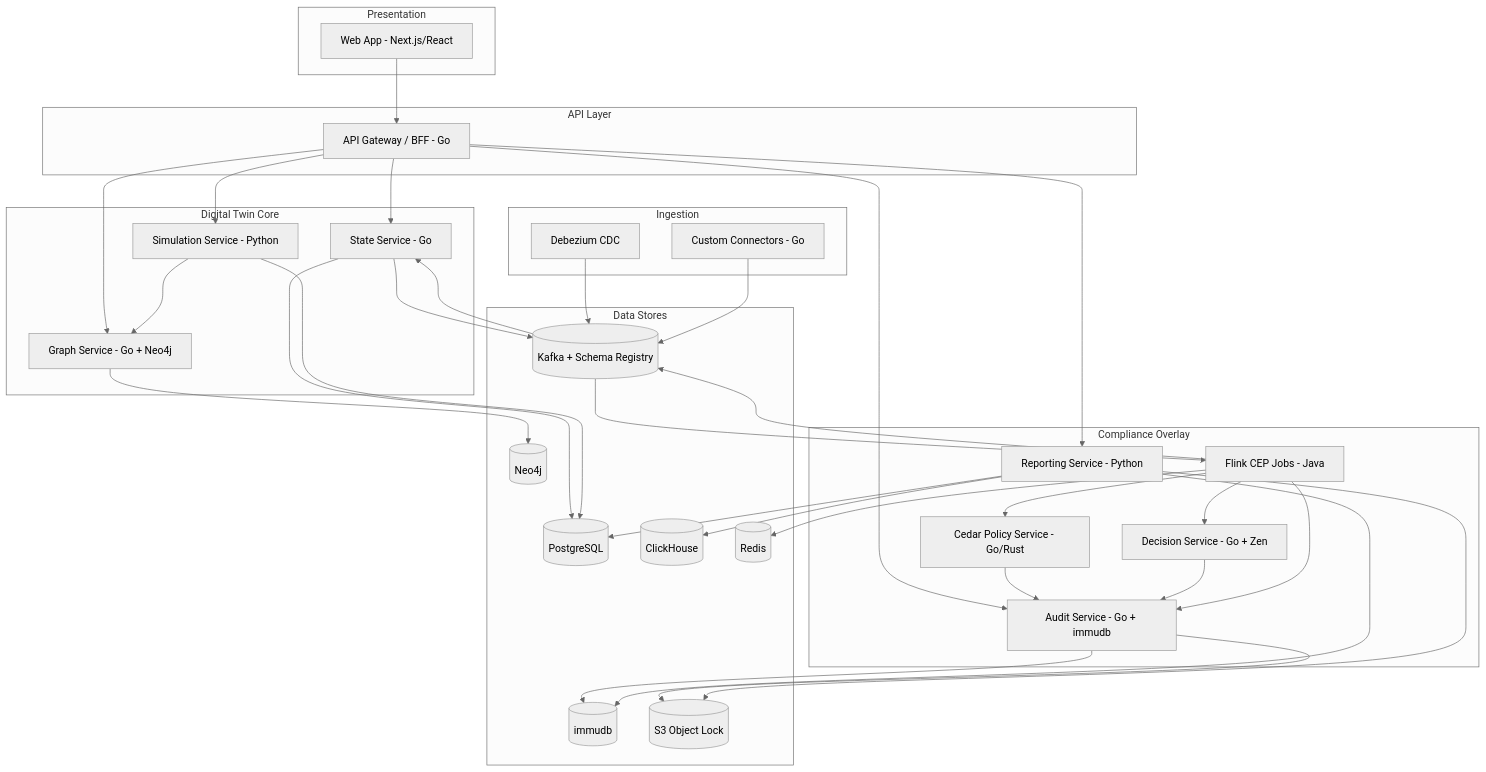
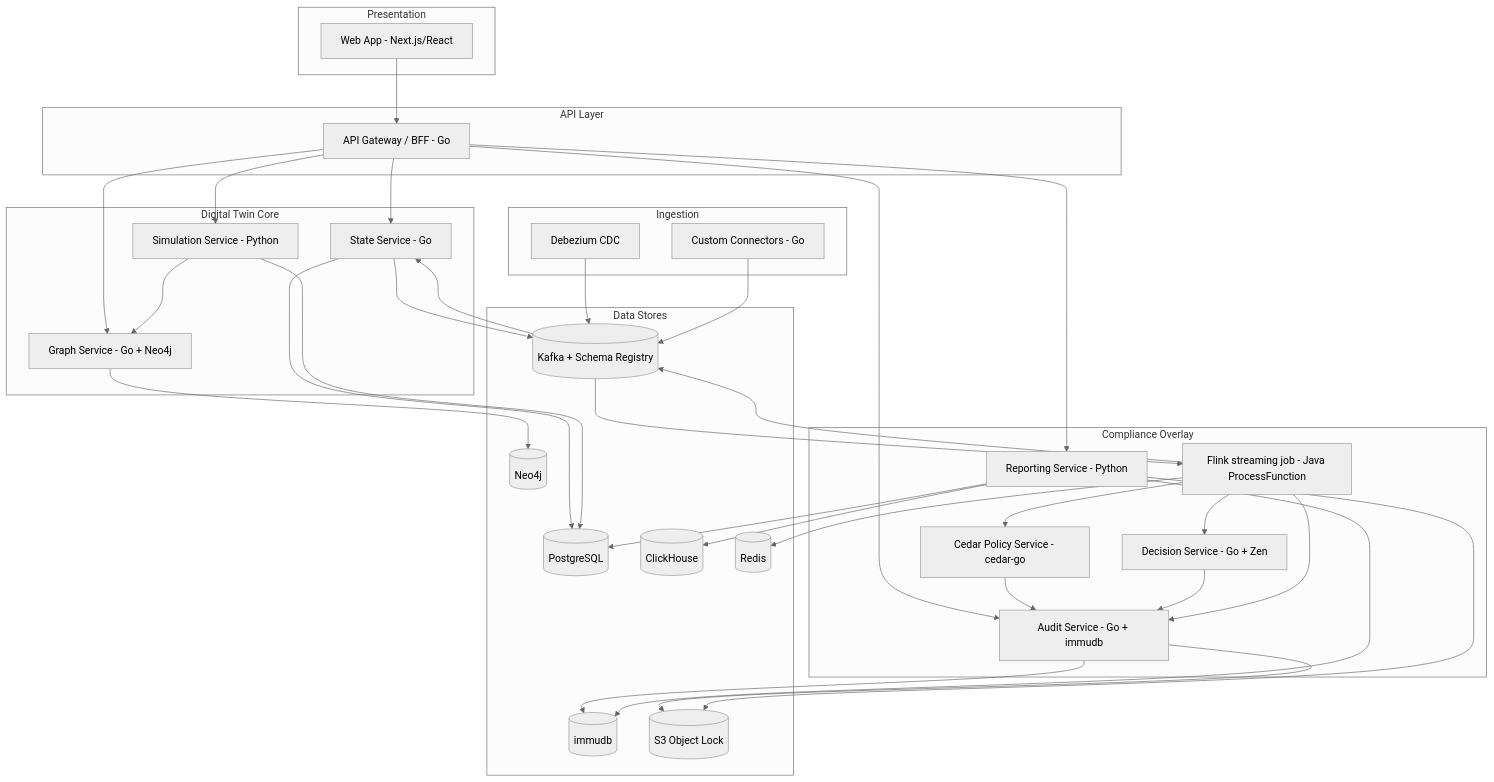
Before and after one commit to SafetyMP/Financial-Digital-Twin-Compliance: the second of 5 diagrams in docs/architecture.md, drawn with Mermaid (neutral theme). The commit also changed other lines of this file and 1 other file, not shown here.

Commit message:
Describe the Flink job and report fixture the way the code runs.

````diff
--- a/docs/architecture.md
+++ b/docs/architecture.md
@@ -98,74 +98,74 @@
 ```mermaid
 flowchart TB
   subgraph ui [Presentation]
     web[Web App - Next.js/React]
   end
 
   subgraph apiLayer [API Layer]
     bff[API Gateway / BFF - Go]
   end
 
   subgraph twinLayer [Digital Twin Core]
     stateSvc[State Service - Go]
     graphSvc[Graph Service - Go + Neo4j]
     simSvc[Simulation Service - Python]
   end
 
   subgraph compLayer [Compliance Overlay]
-    flink[Flink CEP Jobs - Java]
-    cedarSvc[Cedar Policy Service - Go/Rust]
+    flink[Flink streaming job - Java ProcessFunction]
+    cedarSvc[Cedar Policy Service - cedar-go]
     decisionSvc[Decision Service - Go + Zen]
     auditSvc[Audit Service - Go + immudb]
     reportSvc[Reporting Service - Python]
   end
 
   subgraph ingestLayer [Ingestion]
     debezium[Debezium CDC]
     connectors[Custom Connectors - Go]
   end
 
   subgraph dataLayer [Data Stores]
     kafka[(Kafka + Schema Registry)]
     pg[(PostgreSQL)]
     neo4j[(Neo4j)]
     clickhouse[(ClickHouse)]
     immudb[(immudb)]
     redis[(Redis)]
     s3[(S3 Object Lock)]
   end
 
   web --> bff
   bff --> stateSvc
   bff --> graphSvc
   bff --> simSvc
   bff --> auditSvc
   bff --> reportSvc
 
   debezium --> kafka
   connectors --> kafka
 
   kafka --> stateSvc
   kafka --> flink
   stateSvc --> pg
   stateSvc --> kafka
 
   graphSvc --> neo4j
   simSvc --> graphSvc
   simSvc --> pg
 
   flink --> redis
   flink --> kafka
   flink --> decisionSvc
   flink --> cedarSvc
 
   cedarSvc --> auditSvc
   decisionSvc --> auditSvc
   flink --> auditSvc
   auditSvc --> immudb
   auditSvc --> s3
 
   reportSvc --> pg
   reportSvc --> immudb
   reportSvc --> clickhouse
   reportSvc --> s3
 ```
````
